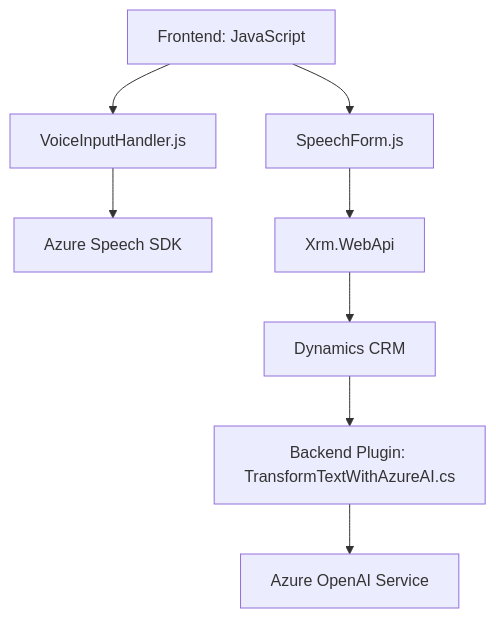
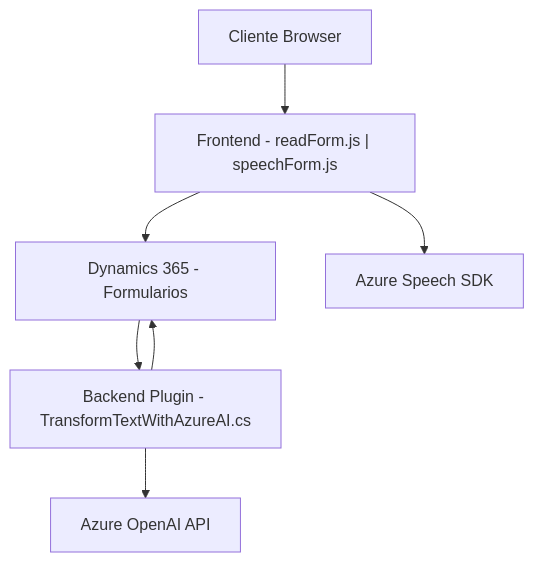
Before and after one commit to blopezdm/NETCORE_BILBAO2025: the diagram in README.md, drawn with Mermaid. The commit also changed other lines of this file, not shown here.

````diff
--- a/README.md
+++ b/README.md
@@ -45,10 +48,16 @@
 ```mermaid
 graph TD
-  A["Frontend: JavaScript"] --> B["VoiceInputHandler.js"]
-  A --> C["SpeechForm.js"]
-  B --> D["Azure Speech SDK"]
-  C --> E["Xrm.WebApi"]
-  E --> F["Dynamics CRM"]
-  F --> G["Backend Plugin: TransformTextWithAzureAI.cs"]
-  G --> H["Azure OpenAI Service"]
+    A["Frontend - readForm.js | speechForm.js"]
+    B["Backend Plugin - TransformTextWithAzureAI.cs"]
+    C["Dynamics 365 - Formularios"]
+    D["Azure Speech SDK"]
+    E["Azure OpenAI API"]
+    F["Cliente Browser"]
+
+    F --> A
+    A --> C
+    B --> C
+    A --> D
+    B --> E
+    C --> B
 ```
````
